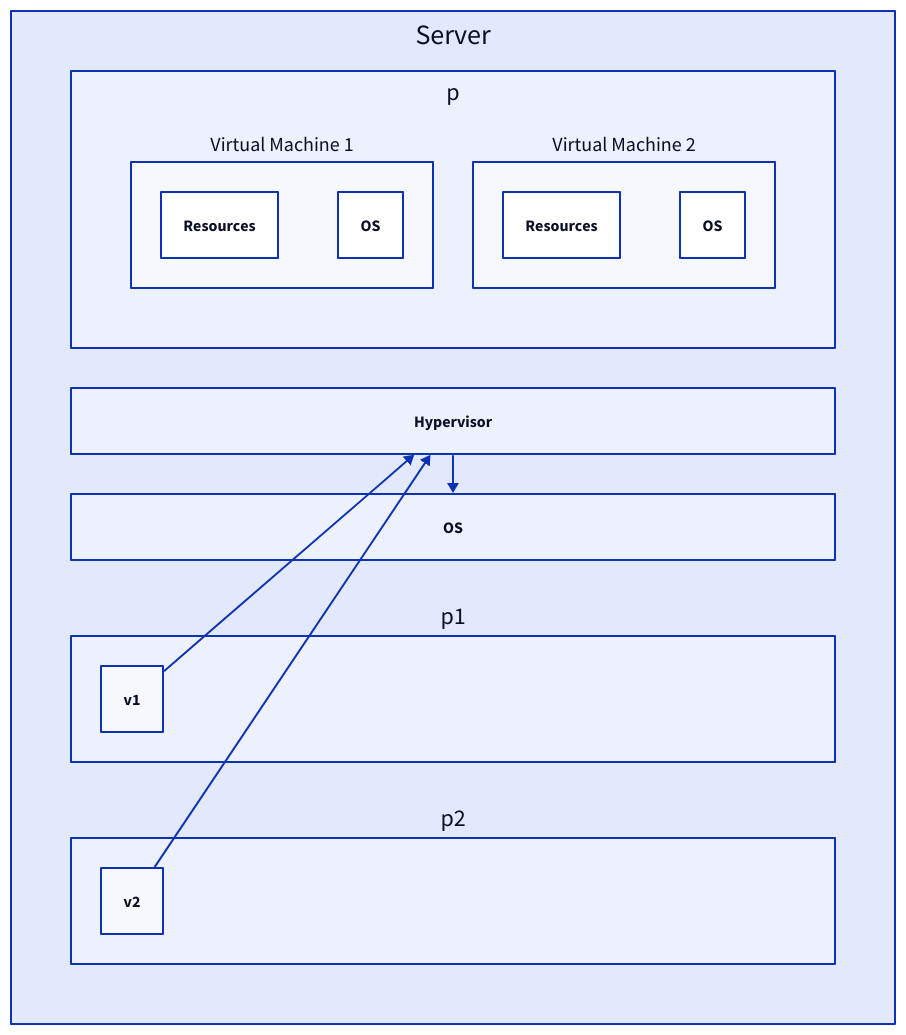
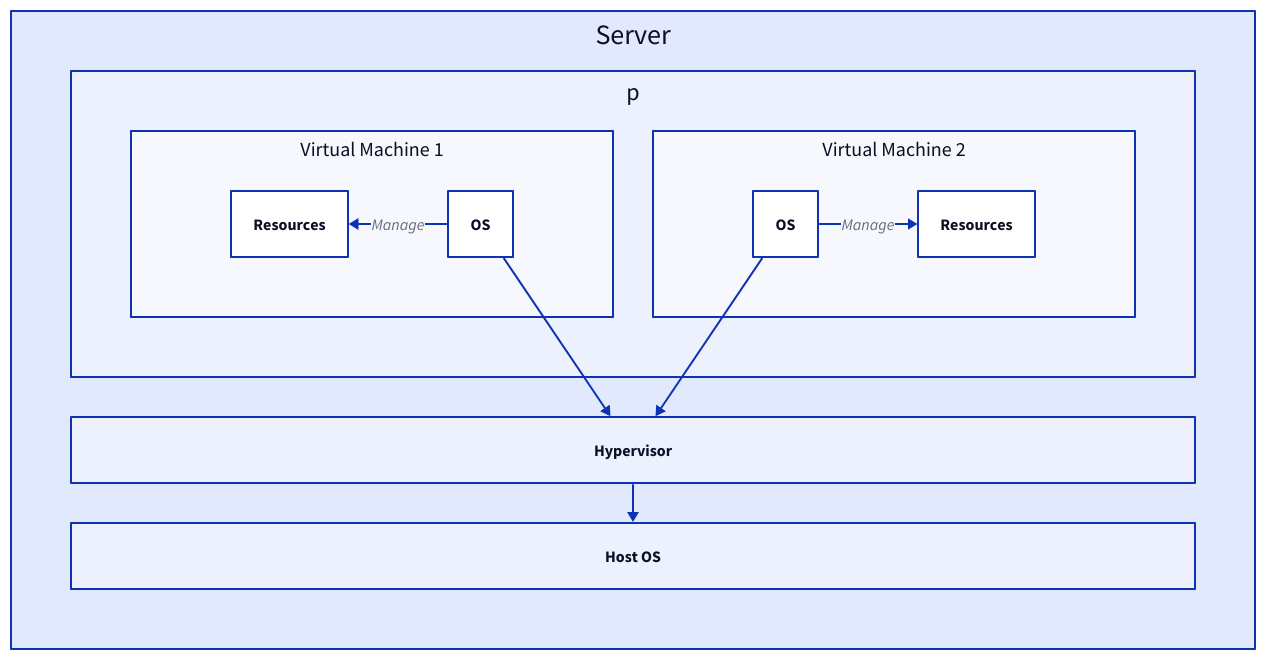
The second of 5 diagrams in content/docs/system-administration/system-deployment/_index.md (link1905/system-design-101), drawn with D2 before and after one commit. The commit also changed other lines of this file and 21 other files, not shown here.

````diff
--- a/content/docs/system-administration/system-deployment/_index.md
+++ b/content/docs/system-administration/system-deployment/_index.md
@@ -61,34 +63,40 @@
 ```d2
 m: Server {
   grid-columns: 1
   p {
     class: none
     grid-rows: 1
     v1: Virtual Machine 1 {
+      grid-rows: 1
+      horizontal-gap: 100
       r: Resources {
         class: hd
       }
       o: OS {
         class: os
       }
+      o -> r: Manage
     }
     v2: Virtual Machine 2 {
+      grid-rows: 1
+      horizontal-gap: 100
+      o: OS {
+        class: os
+      }
       r: Resources {
         class: hd
       }
-      o: OS {
-        class: os
-      }
+      o -> r: Manage
     }
   }
   h: Hypervisor {
     class: process
   }
-  o: OS {
+  o: Host OS {
     class: os
   }
-  p1.v1 -> h
-  p2.v2 -> h
+  p.v1.o -> h
+  p.v2.o -> h
   h -> o
 }
 ```
````
